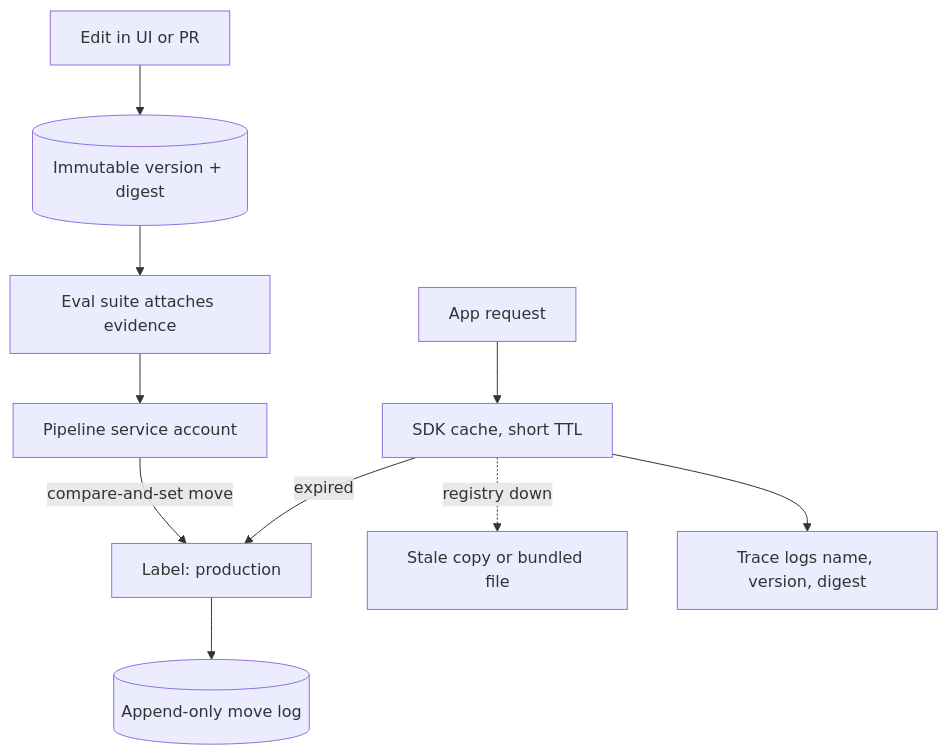
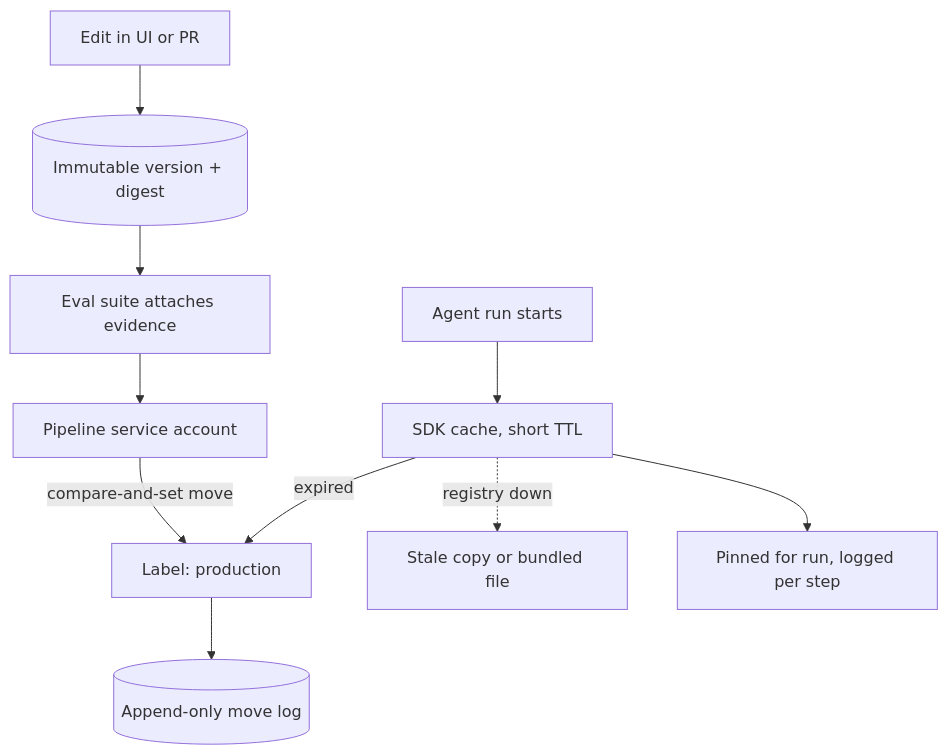
The diagram in content/llmops-platform/prompt-registry.md (lovishmahajan97/agentic-learning), drawn with Mermaid before and after one commit. The commit also changed other lines of this file and 485 other files, not shown here.

````diff
--- a/content/llmops-platform/prompt-registry.md
+++ b/content/llmops-platform/prompt-registry.md
@@ -109,12 +132,12 @@
 ```mermaid
 flowchart TD
     E["Edit in UI or PR"] --> V[("Immutable version + digest")]
     V --> EV["Eval suite attaches evidence"]
     EV --> CI["Pipeline service account"]
     CI -->|"compare-and-set move"| L["Label: production"]
     L --> ML[("Append-only move log")]
-    A["App request"] --> C["SDK cache, short TTL"]
+    A["Agent run starts"] --> C["SDK cache, short TTL"]
     C -->|"expired"| L
     C -.->|"registry down"| S["Stale copy or bundled file"]
-    C --> T["Trace logs name, version, digest"]
+    C --> T["Pinned for run, logged per step"]
 ```
````
